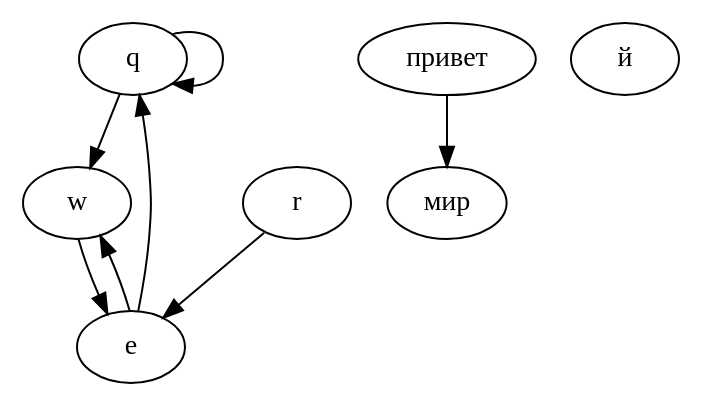
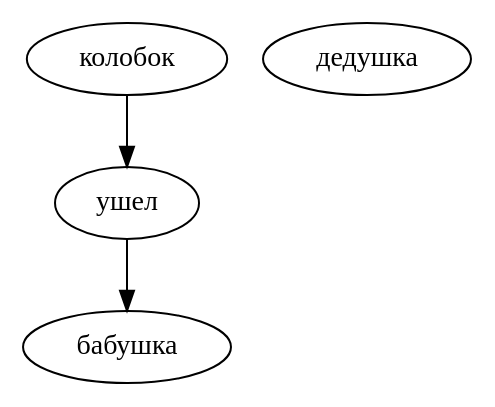
One commit to LeonovEvgenii/AGI changed the diagram in graph.dot. Above: the diagram before and after it, drawn with Graphviz. The commit also changed 7 other files, not shown here.

```diff
--- a/graph.dot
+++ b/graph.dot
@@ -1,10 +1,5 @@
 digraph G {
-  q -> q;
-  e -> q;
-  привет -> мир;
-  w -> e;
-  r -> e;
-  q -> w;
-  e -> w;
-  й
+  ушел -> бабушка;
+  колобок -> ушел;
+  дедушка
 }
```
